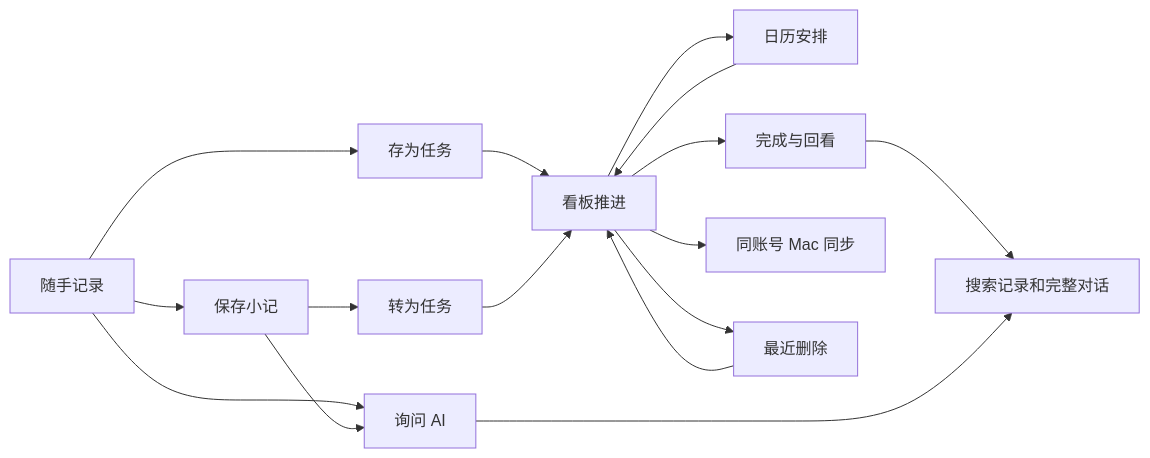
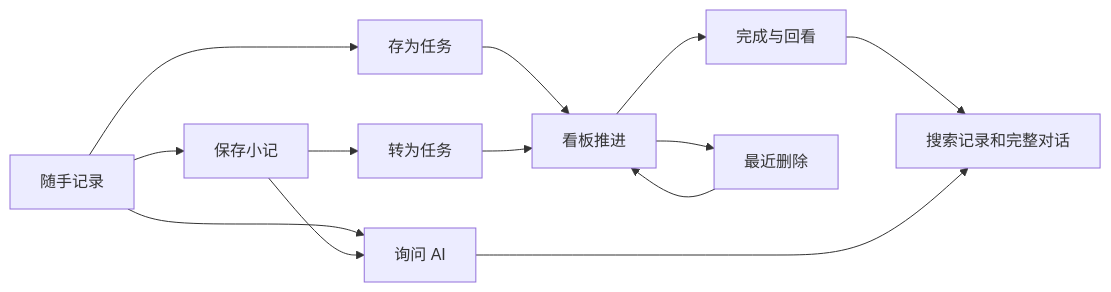
One commit to indie-builder/noto changed the diagram in design/E2E-UX.md. Above: the diagram before and after it, drawn with Mermaid. The commit also changed other lines of this file and 4 other files, not shown here.

````diff
--- a/design/E2E-UX.md
+++ b/design/E2E-UX.md
@@ -11,18 +11,15 @@
 ```mermaid
 flowchart LR
   A[随手记录] --> B[保存小记]
   A --> C[存为任务]
   A --> D[询问 AI]
   B --> E[转为任务]
   B --> D
   C --> F[看板推进]
   E --> F
-  F --> G[日历安排]
-  G --> F
   F --> H[完成与回看]
   H --> I[搜索记录和完整对话]
   D --> I
-  F --> J[同账号 Mac 同步]
   F --> K[最近删除]
   K --> F
 ```
````
